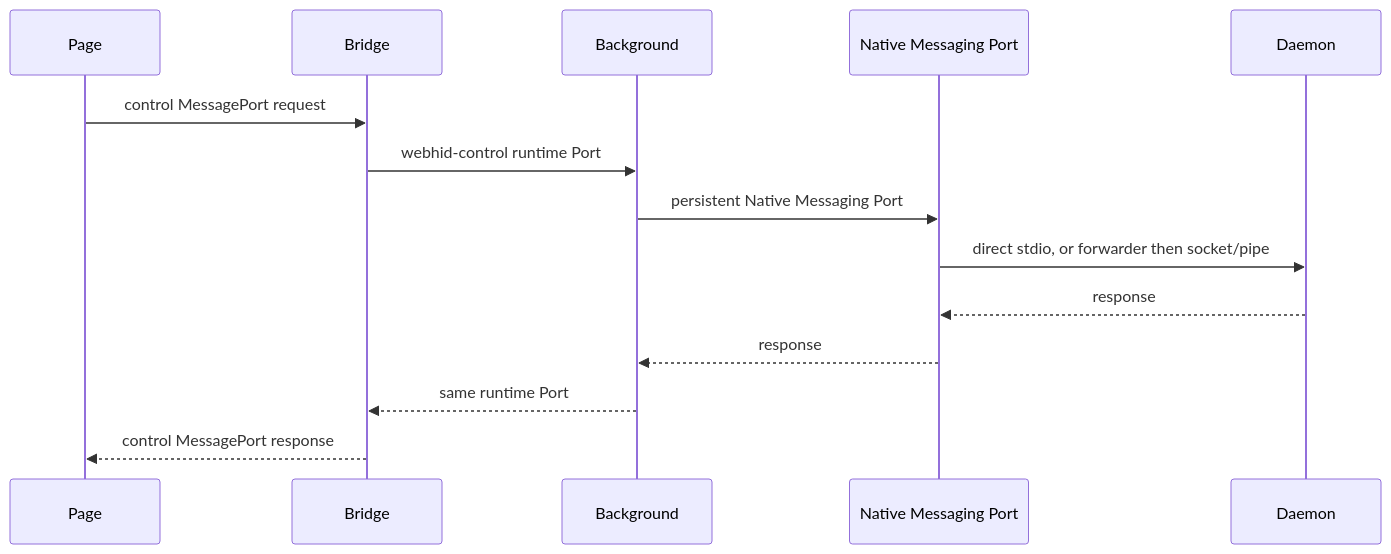
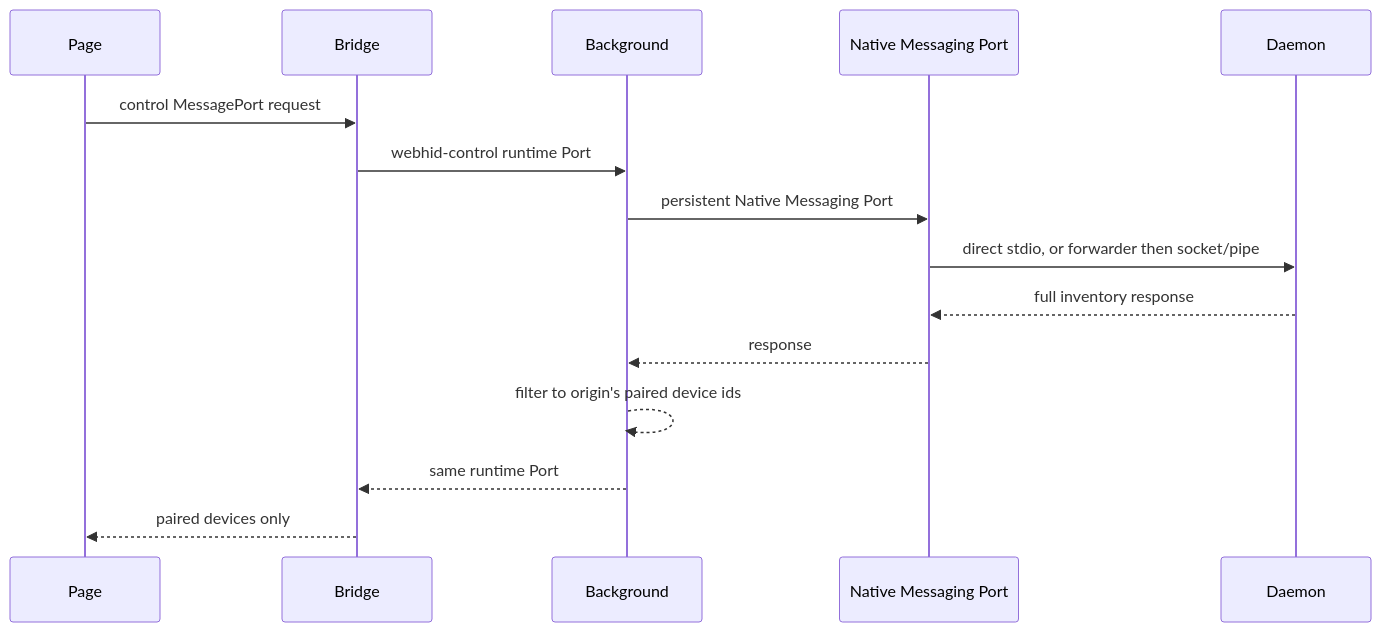
Before and after one commit to K4zoku/FF-WebHID: the second of 7 diagrams in docs/ARCHITECTURE.md, drawn with Mermaid. The commit also changed other lines of this file and 4 other files, not shown here.

````diff
--- a/docs/ARCHITECTURE.md
+++ b/docs/ARCHITECTURE.md
@@ -225,17 +224,18 @@
 ```mermaid
 sequenceDiagram
     participant P as Page
     participant B as Bridge
     participant G as Background
     participant N as Native Messaging Port
     participant D as Daemon
 
     P->>B: control MessagePort request
     B->>G: webhid-control runtime Port
     G->>N: persistent Native Messaging Port
     N->>D: direct stdio, or forwarder then socket/pipe
-    D-->>N: response
+    D-->>N: full inventory response
     N-->>G: response
+    G-->>G: filter to origin's paired device ids
     G-->>B: same runtime Port
-    B-->>P: control MessagePort response
+    B-->>P: paired devices only
 ```
````
